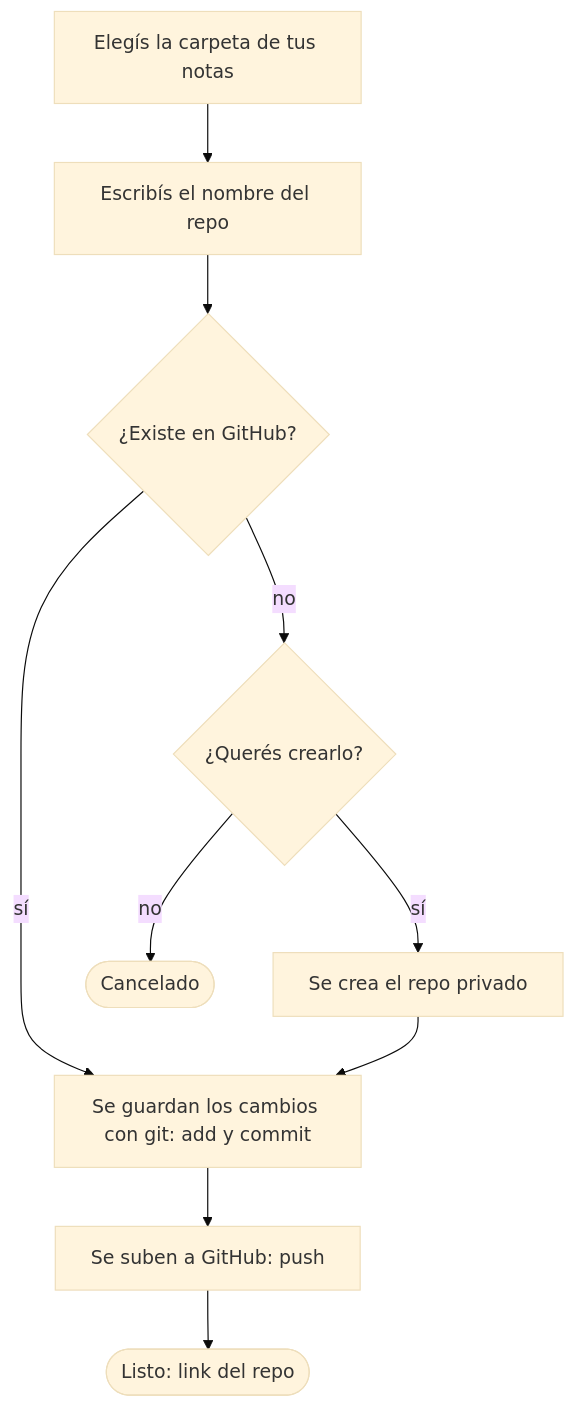
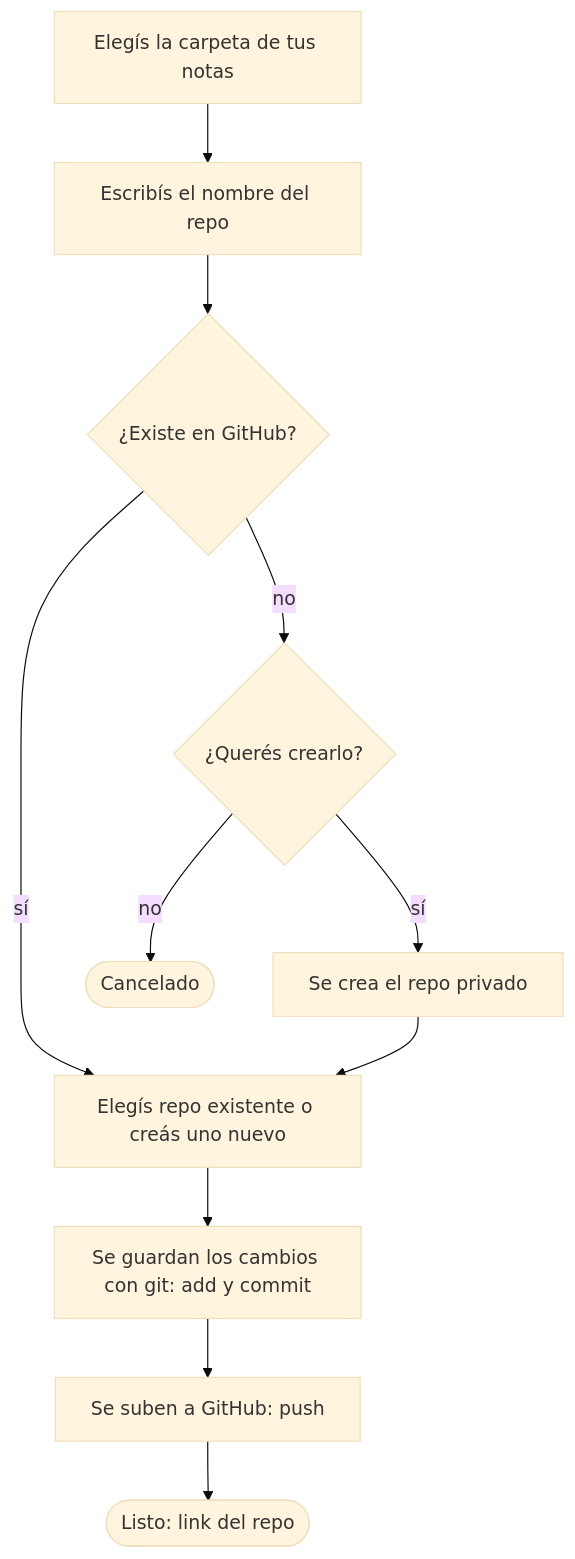
The diagram in README.md (ignaciorau/vaultNoteScript), drawn with Mermaid (base theme) before and after one commit.

Commit message:
Revise flowchart in README for repo creation
Updated flowchart to clarify repository creation process.

````diff
--- a/README.md
+++ b/README.md
@@ -38,12 +38,13 @@
 ```mermaid
-flowchart TD
-    A["Elegís la carpeta de tus notas"] --> B["Escribís el nombre del repo"]
-    B --> C{"¿Existe en GitHub?"}
-    C -->|sí| E
-    C -->|no| D{"¿Querés crearlo?"}
-    D -->|no| F(["Cancelado"])
-    D -->|sí| D2["Se crea el repo privado"]
-    D2 --> E["Se guardan los cambios con git: add y commit"]
-    E --> G["Se suben a GitHub: push"]
-    G --> H(["Listo: link del repo"])
+  flowchart TD
+      A["Elegís la carpeta de tus notas"] --> B["Escribís el nombre del repo"]
+      B --> C{"¿Existe en GitHub?"}
+      C -->|sí| E["Elegís repo existente o creás uno nuevo"]
+      C -->|no| D{"¿Querés crearlo?"}
+      D -->|no| F(["Cancelado"])
+      D -->|sí| D2["Se crea el repo privado"]
+      D2 --> E
+      E --> G["Se guardan los cambios con git: add y commit"]
+      G --> H["Se suben a GitHub: push"]
+      H --> I(["Listo: link del repo"])
 ```
````
